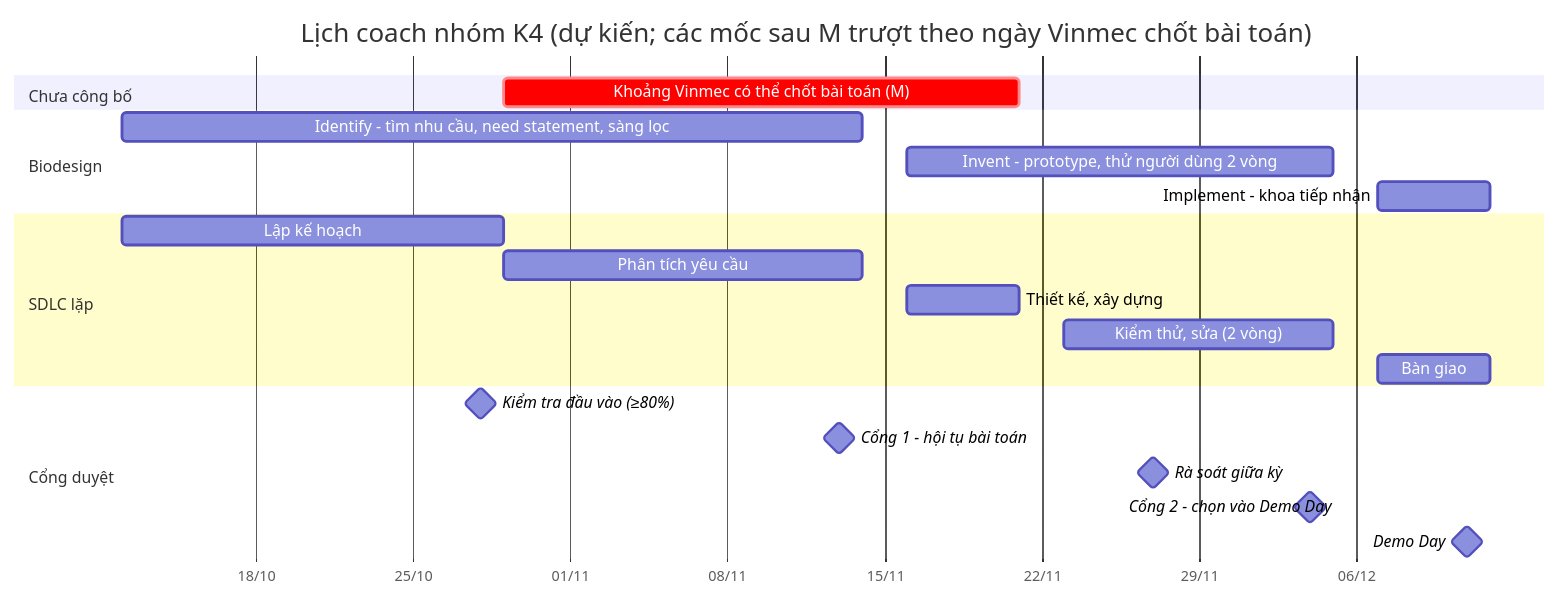
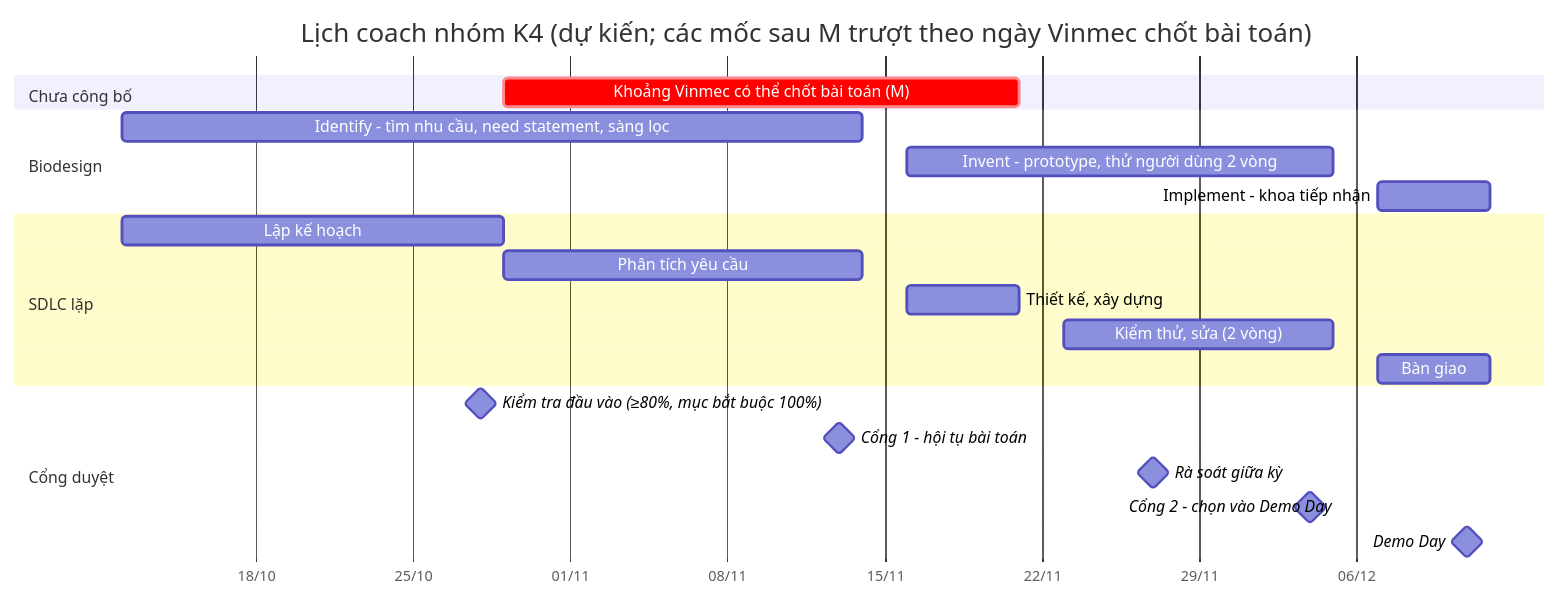
One commit to MignoneNguyen/Exploration-Sprint-Vinmec changed the diagram in 07-coach-plan/README.md. Above: the diagram before and after it, drawn with Mermaid. The commit also changed other lines of this file and 21 other files, not shown here.

````diff
--- a/07-coach-plan/README.md
+++ b/07-coach-plan/README.md
@@ -14,24 +14,24 @@
 ```mermaid
 gantt
     title Lịch coach nhóm K4 (dự kiến; các mốc sau M trượt theo ngày Vinmec chốt bài toán)
     dateFormat YYYY-MM-DD
     axisFormat %d/%m
     section Chưa công bố
     Khoảng Vinmec có thể chốt bài toán (M) :crit, w1, 2026-10-29, 2026-11-21
     section Biodesign
     Identify - tìm nhu cầu, need statement, sàng lọc :a1, 2026-10-12, 2026-11-14
     Invent - prototype, thử người dùng 2 vòng         :a2, 2026-11-16, 2026-12-05
     Implement - khoa tiếp nhận                        :a3, 2026-12-07, 2026-12-12
     section SDLC lặp
     Lập kế hoạch                :s1, 2026-10-12, 2026-10-29
     Phân tích yêu cầu           :s2, 2026-10-29, 2026-11-14
     Thiết kế, xây dựng          :s3, 2026-11-16, 2026-11-21
     Kiểm thử, sửa (2 vòng)      :s4, 2026-11-23, 2026-12-05
     Bàn giao                    :s5, 2026-12-07, 2026-12-12
     section Cổng duyệt
-    Kiểm tra đầu vào (≥80%)     :milestone, m0, 2026-10-28, 0d
+    Kiểm tra đầu vào (≥80%, mục bắt buộc 100%) :milestone, m0, 2026-10-28, 0d
     Cổng 1 - hội tụ bài toán    :milestone, m1, 2026-11-13, 0d
     Rà soát giữa kỳ             :milestone, m2, 2026-11-27, 0d
     Cổng 2 - chọn vào Demo Day  :milestone, m3, 2026-12-04, 0d
     Demo Day                    :milestone, m4, 2026-12-11, 0d
 ```
````
